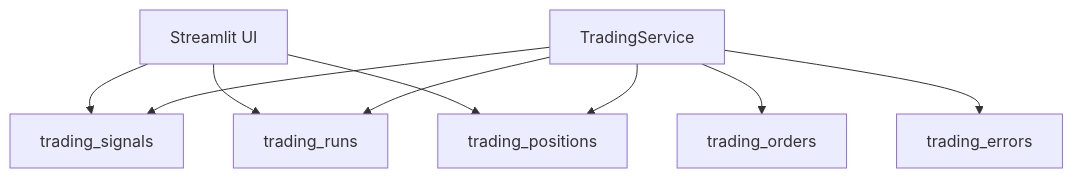
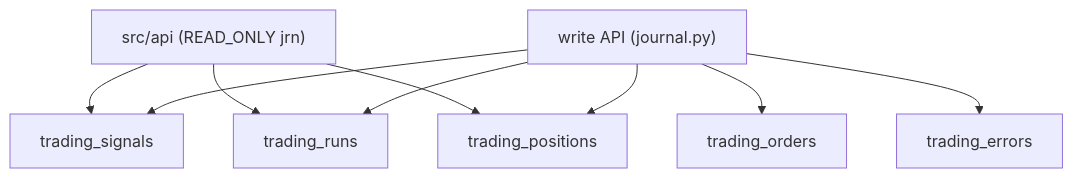
Before and after one commit to Nemesis14/chronoquant: the first of 2 diagrams in _doc_/database_and_code_doc/7130_trading_journal.md, drawn with Mermaid. The commit also changed other lines of this file and 1008 other files, not shown here.

First line of the commit message:
epic_068: FastAPI BFF + worker + React UI, Quarto/Streamlit kivezetes, repo takaritas

````diff
--- a/_doc_/database_and_code_doc/7130_trading_journal.md
+++ b/_doc_/database_and_code_doc/7130_trading_journal.md
@@ -15,11 +13,11 @@
 ```mermaid
 flowchart TD
-  SVC["TradingService"] --> RUN["trading_runs"]
-  SVC --> SIG["trading_signals"]
-  SVC --> POS["trading_positions"]
-  SVC --> ORD["trading_orders"]
-  SVC --> ERR["trading_errors"]
-  UI["Streamlit UI"] --> SIG
-  UI --> POS
-  UI --> RUN
+  W["write API (journal.py)"] --> RUN["trading_runs"]
+  W --> SIG["trading_signals"]
+  W --> POS["trading_positions"]
+  W --> ORD["trading_orders"]
+  W --> ERR["trading_errors"]
+  API["src/api (READ_ONLY jrn)"] --> SIG
+  API --> POS
+  API --> RUN
 ```
````
